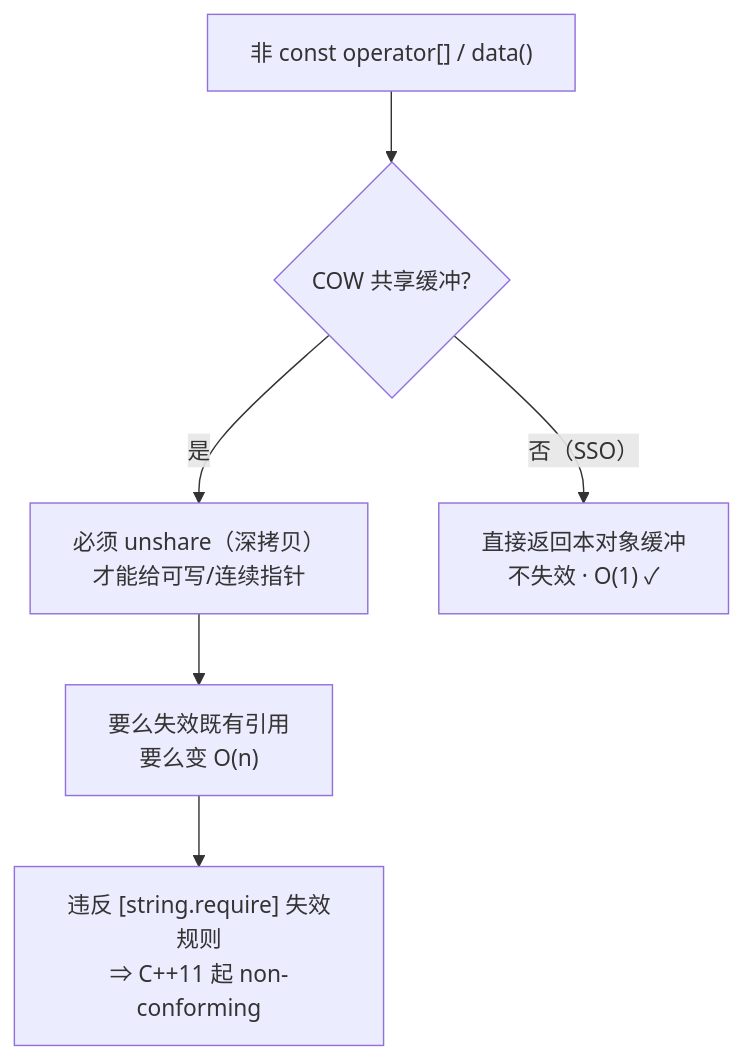
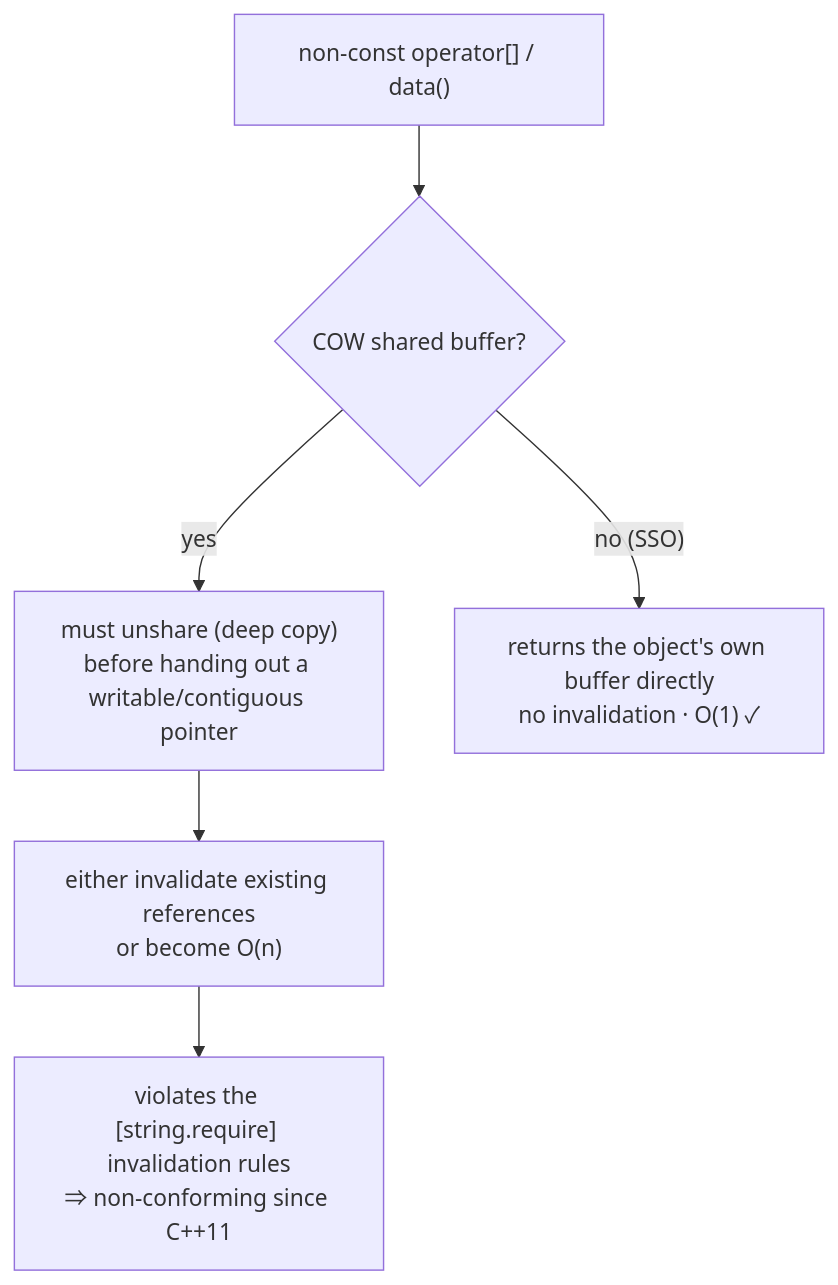
One commit to Awesome-Embedded-Learning-Studio/Tutorial_AwesomeModernCPP changed the second of 2 diagrams in documents/en/vol3-standard-library/containers/04-string-memory-deep-dive.md. Above: the diagram before and after it, drawn with Mermaid. The commit also changed other lines of this file and 605 other files, not shown here.

````diff
--- a/documents/en/vol3-standard-library/containers/04-string-memory-deep-dive.md
+++ b/documents/en/vol3-standard-library/containers/04-string-memory-deep-dive.md
@@ -62,8 +62,8 @@
 ```mermaid
 flowchart TD
-    A["非 const operator[] / data()"] --> B{"COW 共享缓冲?"}
-    B -- "是" --> C["必须 unshare（深拷贝）<br/>才能给可写/连续指针"]
-    C --> D["要么失效既有引用<br/>要么变 O(n)"]
-    D --> E["违反 [string.require] 失效规则<br/>⇒ C++11 起 non-conforming"]
-    B -- "否（SSO）" --> F["直接返回本对象缓冲<br/>不失效 · O(1) ✓"]
+    A["non-const operator[] / data()"] --> B{"COW shared buffer?"}
+    B -- "yes" --> C["must unshare (deep copy)<br/>before handing out a writable/contiguous pointer"]
+    C --> D["either invalidate existing references<br/>or become O(n)"]
+    D --> E["violates the [string.require] invalidation rules<br/>⇒ non-conforming since C++11"]
+    B -- "no (SSO)" --> F["returns the object's own buffer directly<br/>no invalidation · O(1) ✓"]
 ```
````
